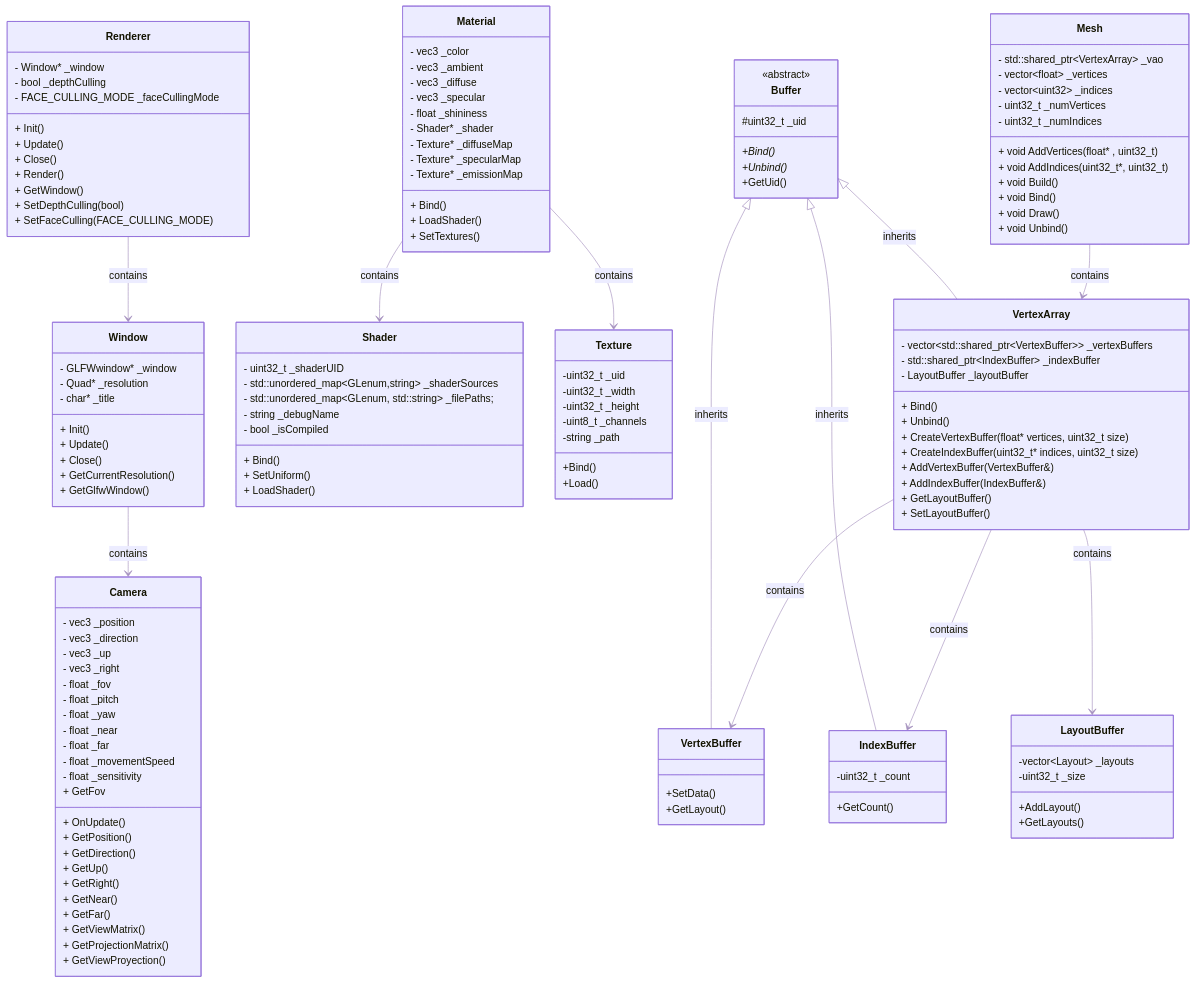
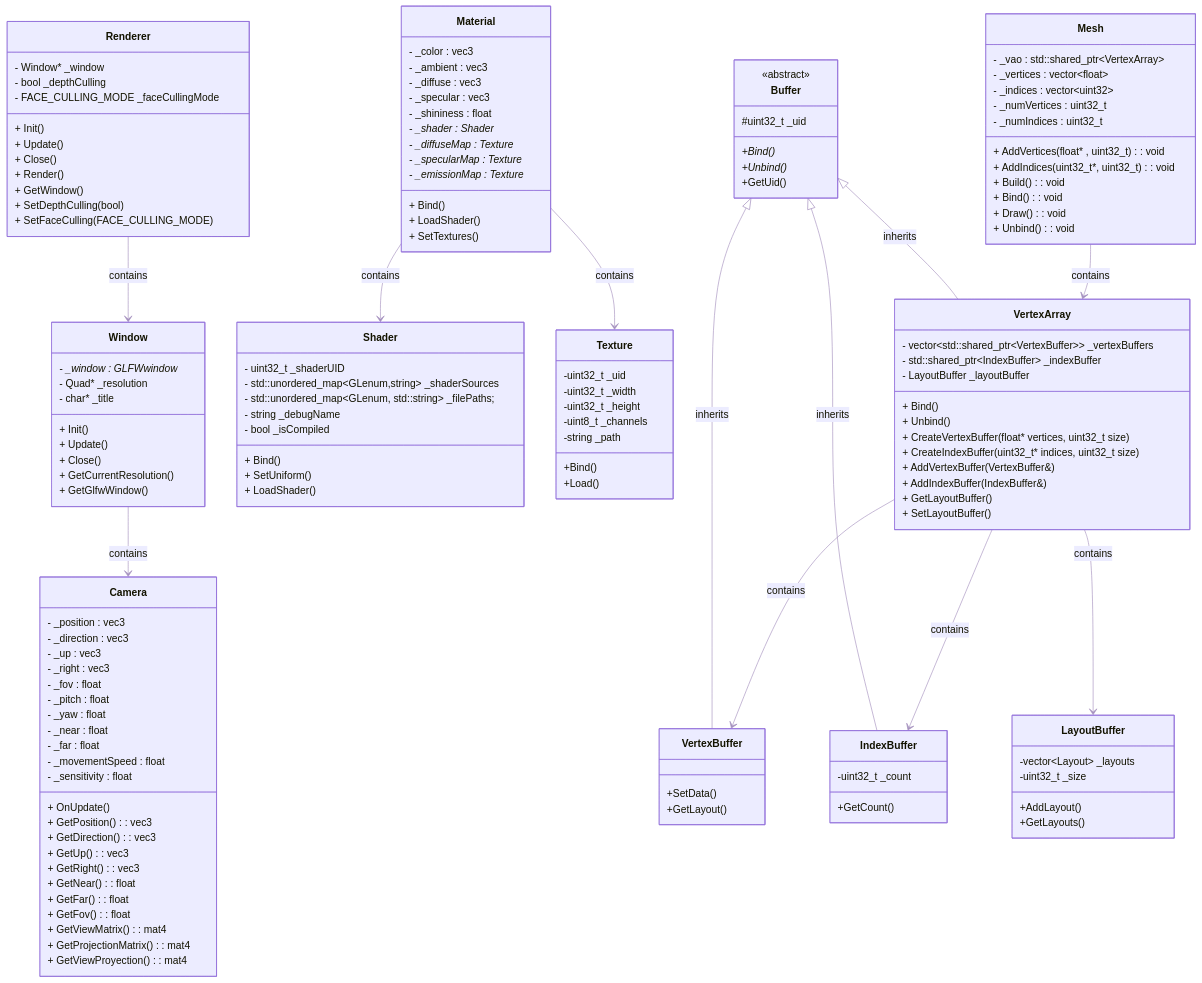
The diagram in diagrams/cometa_render.mermaid (kupehtci/Cometa), drawn with Mermaid before and after one commit. The commit also changed 10 other files, not shown here.

```diff
--- a/diagrams/cometa_render.mermaid
+++ b/diagrams/cometa_render.mermaid
@@ -1,162 +1,162 @@
 ---
 config:
   theme: mc
 ---
 
 %%{
   init: {
     'theme': '%%base%%',
     'themeVariables': {
       'primaryColor': '#6606d6',
       'primaryTextColor': '#fff',
       'primaryBorderColor': '#7C0000',
       'lineColor': '#a591bf',
       'secondaryColor': '#a6a0ad',
       'tertiaryColor': '#fff'
     }
   }
 }%%
 
 classDiagram
     direction TB
     class Renderer {
         - Window* _window
         - bool _depthCulling
         - FACE_CULLING_MODE _faceCullingMode
         + Init()
         + Update()
         + Close()
         + Render()
         + GetWindow()
         + SetDepthCulling(bool)
         + SetFaceCulling(FACE_CULLING_MODE)
     }
     class Window {
-        - GLFWwindow* _window
+        - _window : GLFWwindow*
         - Quad* _resolution
         - char* _title
         + Init()
         + Update()
         + Close()
         + GetCurrentResolution()
         + GetGlfwWindow()
     }
     class Camera {
-        - vec3 _position
-        - vec3 _direction
-        - vec3 _up
-        - vec3 _right
-        - float _fov
-        - float _pitch
-        - float _yaw
-        - float _near
-        - float _far
-        - float _movementSpeed
-        - float _sensitivity
+        - _position     : vec3
+        - _direction    : vec3
+        - _up           : vec3
+        - _right        : vec3
+        - _fov          : float
+        - _pitch        : float
+        - _yaw          : float
+        - _near         : float
+        - _far          : float
+        - _movementSpeed : float
+        - _sensitivity : float
         + OnUpdate()
-        + GetPosition()
-        + GetDirection()
-        + GetUp()
-        + GetRight()
-        + GetNear()
-        + GetFar()
-        + GetFov
-        + GetViewMatrix()
-        + GetProjectionMatrix()
-        + GetViewProyection()
+        + GetPosition() : vec3
+        + GetDirection() : vec3
+        + GetUp() : vec3
+        + GetRight() : vec3
+        + GetNear() : float
+        + GetFar() : float
+        + GetFov() : float
+        + GetViewMatrix() : mat4
+        + GetProjectionMatrix() : mat4
+        + GetViewProyection() : mat4
     }
     class Material {
-        - vec3 _color
-        - vec3 _ambient
-        - vec3 _diffuse
-        - vec3 _specular
-        - float _shininess
-        - Shader* _shader
-        - Texture* _diffuseMap
-        - Texture* _specularMap
-        - Texture* _emissionMap
+        - _color : vec3
+        - _ambient : vec3
+        - _diffuse : vec3
+        - _specular : vec3
+        - _shininess : float
+        - _shader : Shader*
+        - _diffuseMap : Texture*
+        - _specularMap : Texture*
+        - _emissionMap : Texture*
         + Bind()
         + LoadShader()
         + SetTextures()
     }
     class Mesh {
-        - std::shared_ptr~VertexArray~ _vao
-        - vector~float~ _vertices
-        - vector~uint32~ _indices
-        - uint32_t _numVertices
-        - uint32_t _numIndices
-        + void AddVertices(float* , uint32_t )
-        + void AddIndices(uint32_t*, uint32_t )
-        + void Build()
-        + void Bind()
-        + void Draw()
-        + void Unbind()
+        - _vao : std::shared_ptr~VertexArray~
+        - _vertices : vector~float~
+        - _indices : vector~uint32~
+        - _numVertices : uint32_t
+        - _numIndices : uint32_t
+        + AddVertices(float* , uint32_t ) : void
+        + AddIndices(uint32_t*, uint32_t ) : void
+        + Build() : void
+        + Bind() : void
+        + Draw() : void
+        + Unbind() : void
     }
     class Shader {
         - uint32_t _shaderUID
         - std::unordered_map~GLenum,string~ _shaderSources
         - std::unordered_map~GLenum, std::string~ _filePaths;
         - string _debugName
         - bool _isCompiled
         + Bind()
         + SetUniform()
         + LoadShader()
     }
     class Texture {
         -uint32_t _uid
         -uint32_t _width
         -uint32_t _height
         -uint8_t _channels
         -string _path
         +Bind()
         +Load()
     }
     class VertexArray {
         - vector~std::shared_ptr~VertexBuffer~~ _vertexBuffers
         - std::shared_ptr~IndexBuffer~ _indexBuffer
         - LayoutBuffer _layoutBuffer
 
         + Bind()
         + Unbind()
         + CreateVertexBuffer(float* vertices, uint32_t size)
         + CreateIndexBuffer(uint32_t* indices, uint32_t size)
         + AddVertexBuffer(VertexBuffer&)
         + AddIndexBuffer(IndexBuffer&)
         + GetLayoutBuffer()
         + SetLayoutBuffer()
     }
     class Buffer {
         #uint32_t _uid
 
         +Bind()*
         +Unbind()*
         +GetUid()
     }
     class VertexBuffer {
         +SetData()
         +GetLayout()
     }
     class IndexBuffer {
         -uint32_t _count
         +GetCount()
     }
     class LayoutBuffer {
         -vector~Layout~ _layouts
         -uint32_t _size
         +AddLayout()
         +GetLayouts()
     }
 
     <<abstract>> Buffer
 
     Renderer --> Window : contains
     Window --> Camera : contains
     Material --> Shader : contains
     Material --> Texture : contains
     Mesh --> VertexArray : contains
     VertexArray --> VertexBuffer : contains
     VertexArray --> IndexBuffer : contains
     VertexArray --> LayoutBuffer : contains
     Buffer <|-- VertexBuffer : inherits
     Buffer <|-- IndexBuffer : inherits
     Buffer <|-- VertexArray : inherits
```
